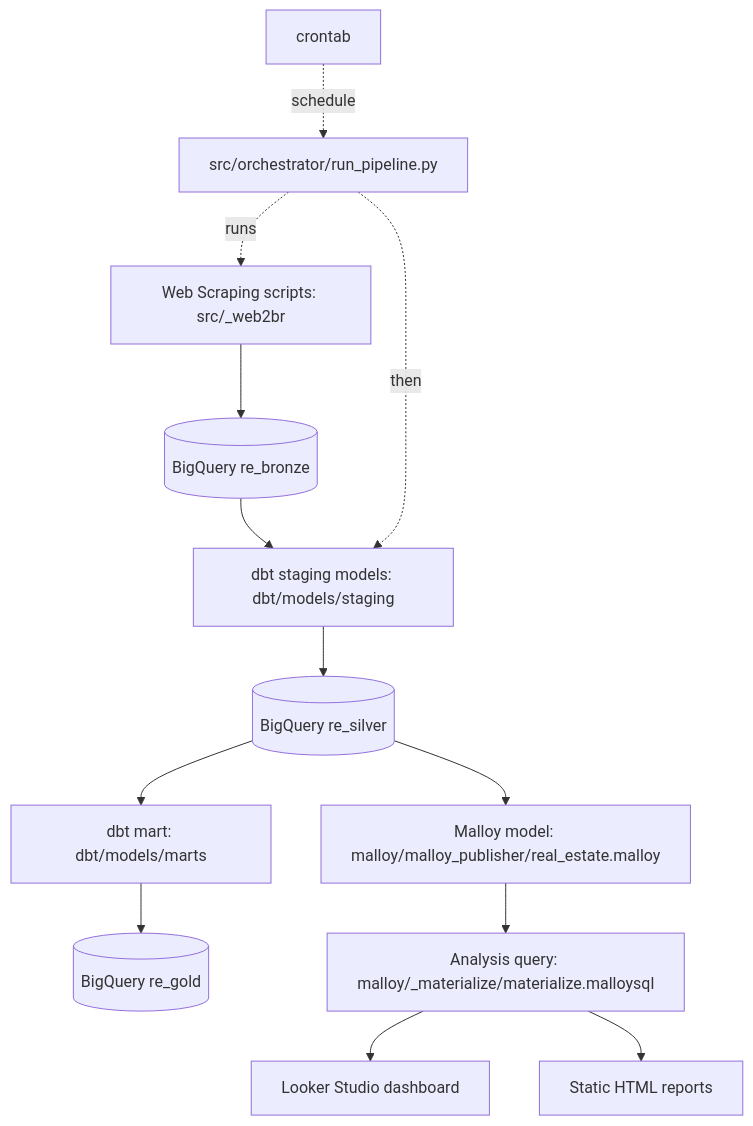
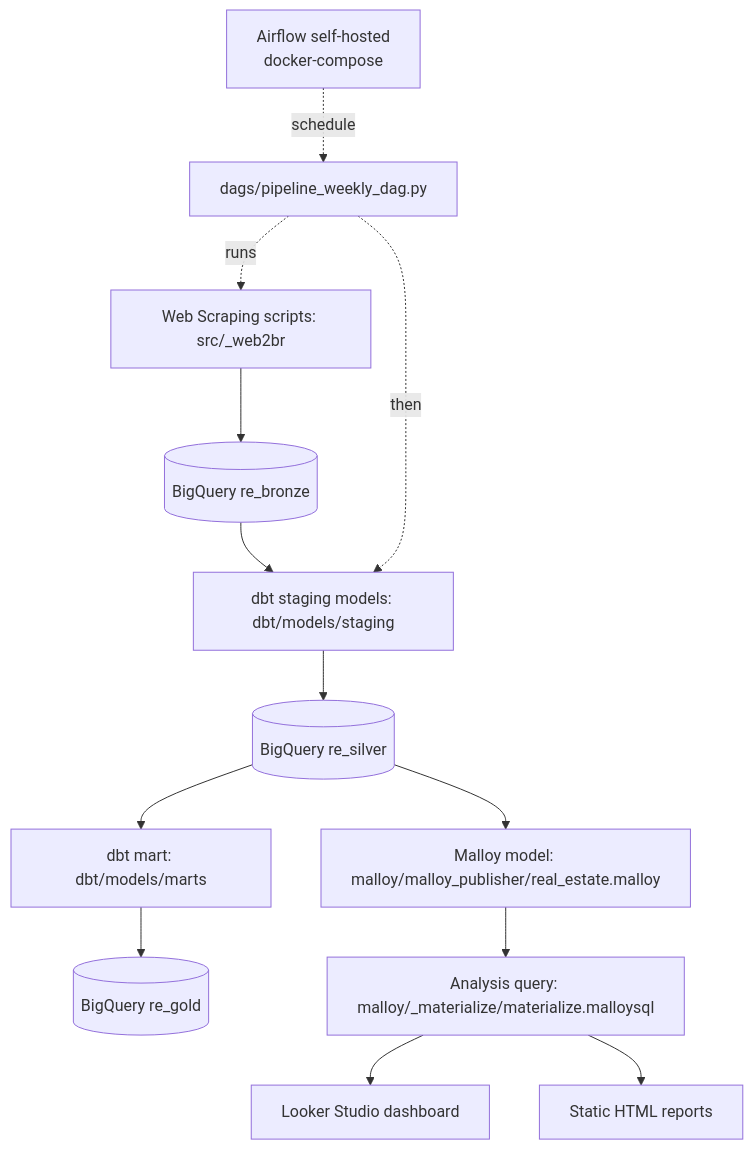
Before and after one commit to DataSpi/scrape-batdongsan-data: the diagram in README.md, drawn with Mermaid. The commit also changed other lines of this file and 3 other files, not shown here.

First line of the commit message:
docs: update README/quickstart/technical-guides for Docker+Airflow setup

````diff
--- a/README.md
+++ b/README.md
@@ -22,17 +22,17 @@
 ```mermaid
 graph TD
   A[Web Scraping scripts: src/_web2br] --> B[(BigQuery re_bronze)]
   B --> C[dbt staging models: dbt/models/staging]
   C --> D[(BigQuery re_silver)]
   D --> K[dbt mart: dbt/models/marts]
   K --> L[(BigQuery re_gold)]
 
   D --> E[Malloy model: malloy/malloy_publisher/real_estate.malloy]
   E --> G[Analysis query: malloy/_materialize/materialize.malloysql]
   G --> H[Looker Studio dashboard]
   G --> I[Static HTML reports]
 
-  J[crontab] -. schedule .-> M[src/orchestrator/run_pipeline.py]
+  J[Airflow self-hosted<br/>docker-compose] -. schedule .-> M[dags/pipeline_weekly_dag.py]
   M -. runs .-> A
   M -. then .-> C
 ```
````
